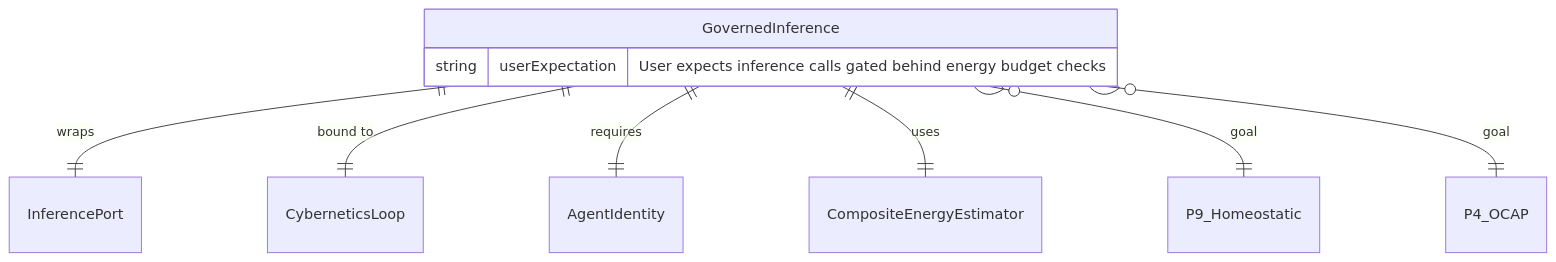
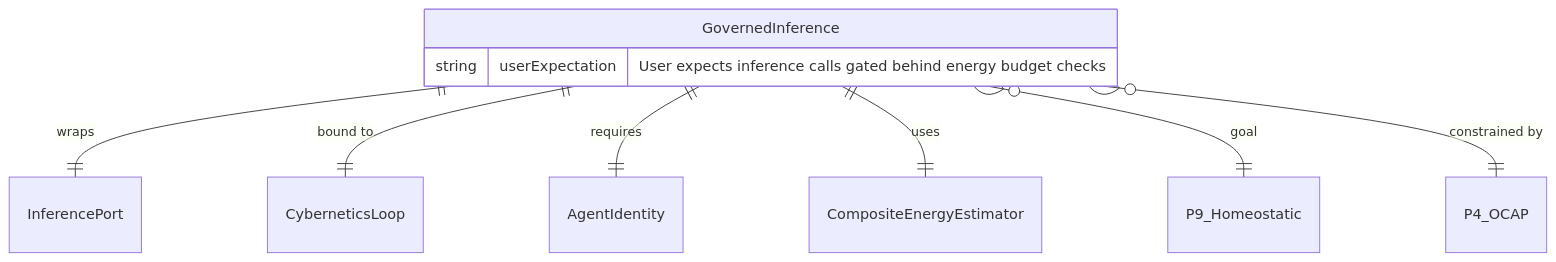
One commit to mdz-axo/hKask changed the seventh of 15 diagrams in docs/architecture/core/FUNCTIONAL_SPECIFICATION.md. Above: the diagram before and after it, drawn with Mermaid. The commit also changed other lines of this file and 32 other files, not shown here.

````diff
--- a/docs/architecture/core/FUNCTIONAL_SPECIFICATION.md
+++ b/docs/architecture/core/FUNCTIONAL_SPECIFICATION.md
@@ -398,12 +398,12 @@
 ```mermaid
 erDiagram
     GovernedInference ||--|| InferencePort : "wraps"
     GovernedInference ||--|| CyberneticsLoop : "bound to"
     GovernedInference ||--|| AgentIdentity : "requires"
     GovernedInference ||--|| CompositeEnergyEstimator : "uses"
     GovernedInference }o--|| P9_Homeostatic : "goal"
-    GovernedInference }o--|| P4_OCAP : "goal"
+    GovernedInference }o--|| P4_OCAP : "constrained by"
     GovernedInference {
         string userExpectation "User expects inference calls gated behind energy budget checks"
     }
 ```
````
